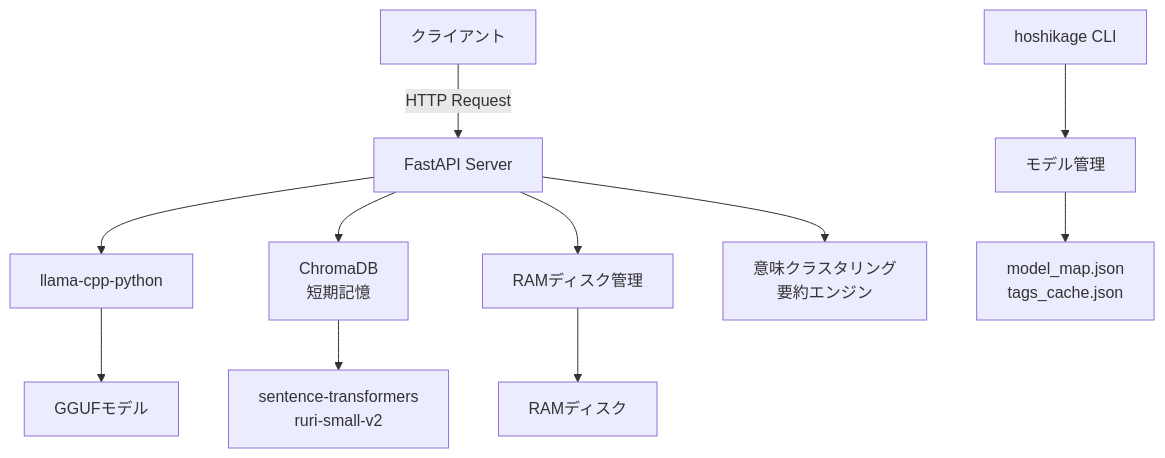
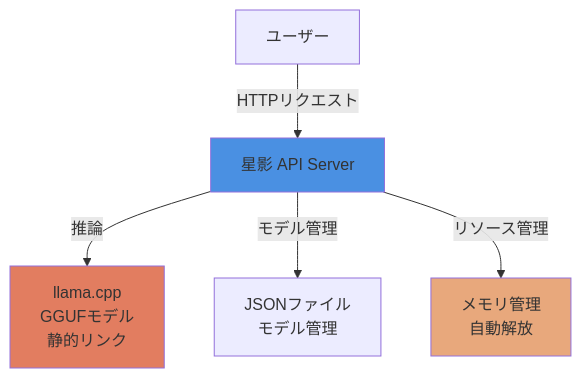
The diagram in docs/requirements.md (tanep3/hoshikage), drawn with Mermaid before and after one commit. The commit also changed other lines of this file and 80 other files, not shown here.

````diff
--- a/docs/requirements.md
+++ b/docs/requirements.md
@@ -28,13 +23,11 @@
 ```mermaid
 graph TB
-    Client[クライアント] -->|HTTP Request| API[FastAPI Server]
-    API --> LLM[llama-cpp-python]
-    API --> Chroma[ChromaDB<br/>短期記憶]
-    API --> Mount[RAMディスク管理]
-    API --> Cluster[意味クラスタリング<br/>要約エンジン]
-    LLM --> Model[GGUFモデル]
-    Chroma --> Embedding[sentence-transformers<br/>ruri-small-v2]
-    Mount --> RAM[RAMディスク]
-    CLI[hoshikage CLI] --> ModelMgr[モデル管理]
-    ModelMgr --> Config[model_map.json<br/>tags_cache.json]
+    Client[ユーザー] -->|HTTPリクエスト| API[星影 API Server]
+    API -->|推論| LLM[llama.cpp<br/>GGUFモデル<br/>静的リンク]
+    API -->|モデル管理| ModelMgr[JSONファイル<br/>モデル管理]
+    API -->|リソース管理| RAM[メモリ管理<br/>自動解放]
+    
+    style API fill:#4A90E2
+    style LLM fill:#E27D60
+    style RAM fill:#E8A87C
 ```
````
